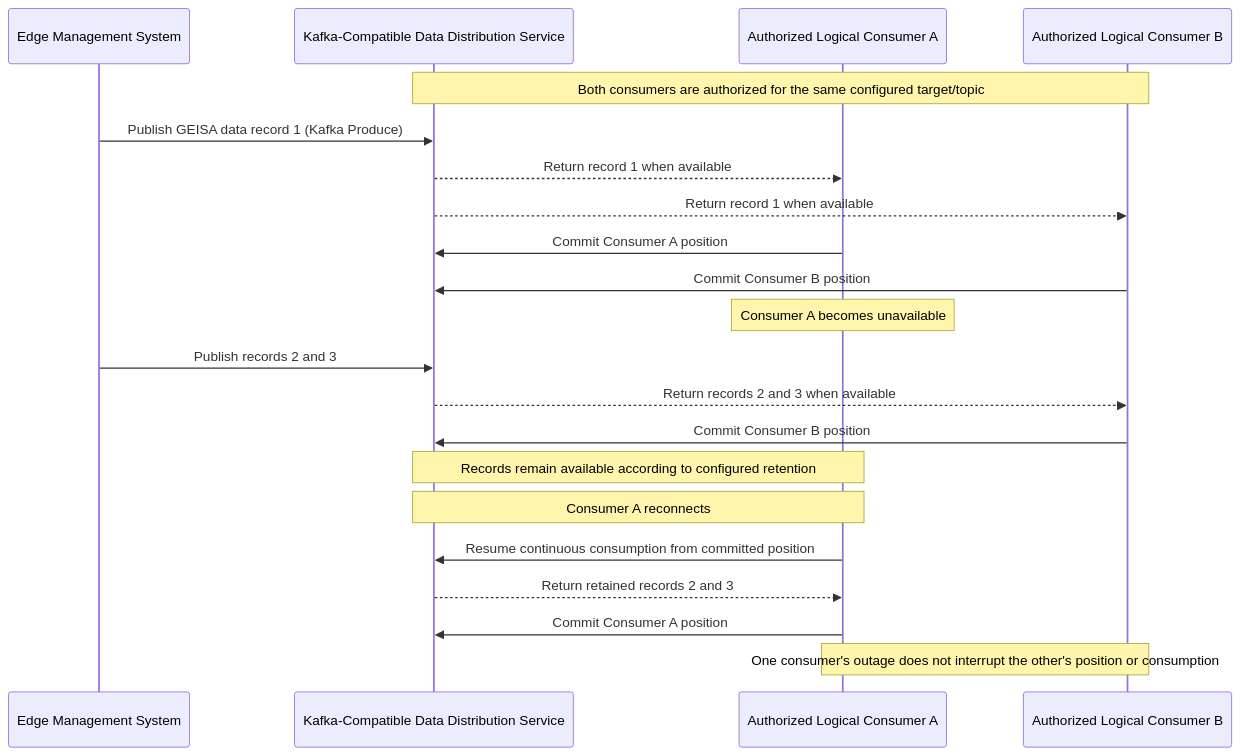
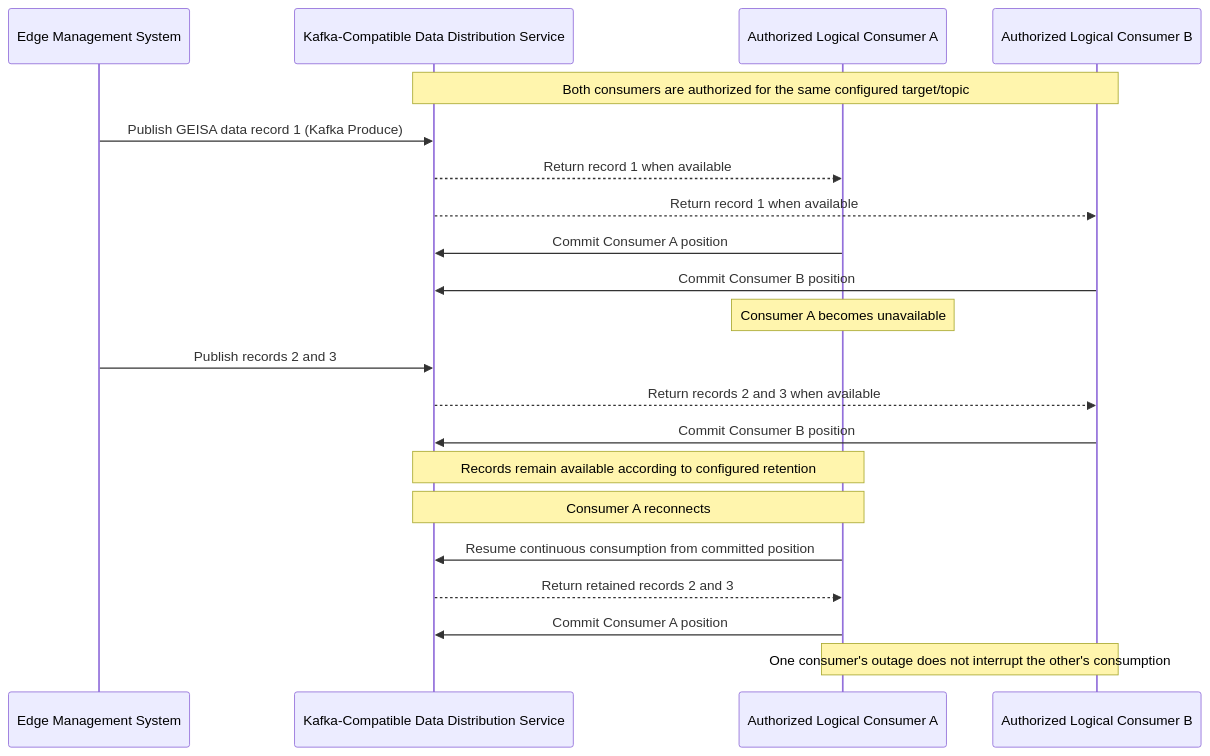
One commit to geisa/specification changed the diagram in source/adm/data-distribution-consumer-outage-recovery.mermaid. Above: the diagram before and after it, drawn with Mermaid. The commit also changed 4 other files, not shown here.

```diff
--- a/source/adm/data-distribution-consumer-outage-recovery.mermaid
+++ b/source/adm/data-distribution-consumer-outage-recovery.mermaid
@@ -1,25 +1,25 @@
 sequenceDiagram
     participant E as Edge Management System
     participant K as Kafka-Compatible Data Distribution Service
     participant U as Authorized Logical Consumer A
     participant V as Authorized Logical Consumer B
 
     Note over K,V: Both consumers are authorized for the same configured target/topic
     E->>K: Publish GEISA data record 1 (Kafka Produce)
     K-->>U: Return record 1 when available
     K-->>V: Return record 1 when available
     U->>K: Commit Consumer A position
     V->>K: Commit Consumer B position
 
     Note over U,U: Consumer A becomes unavailable
     E->>K: Publish records 2 and 3
     K-->>V: Return records 2 and 3 when available
     V->>K: Commit Consumer B position
     Note over K,U: Records remain available according to configured retention
 
     Note over U,K: Consumer A reconnects
     U->>K: Resume continuous consumption from committed position
     K-->>U: Return retained records 2 and 3
     U->>K: Commit Consumer A position
 
-    Note over U,V: One consumer's outage does not interrupt the other's position or consumption
+    Note over U,V: One consumer's outage does not interrupt the other's consumption
```
